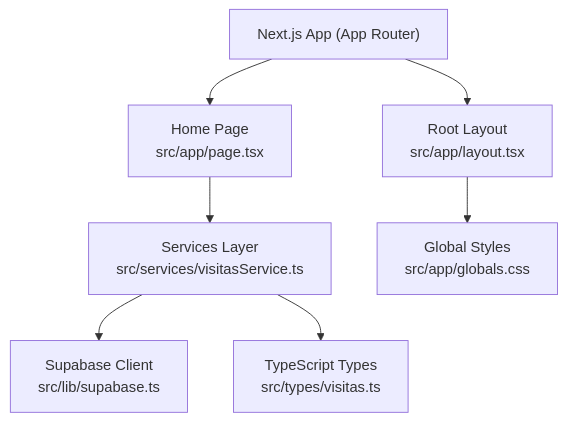
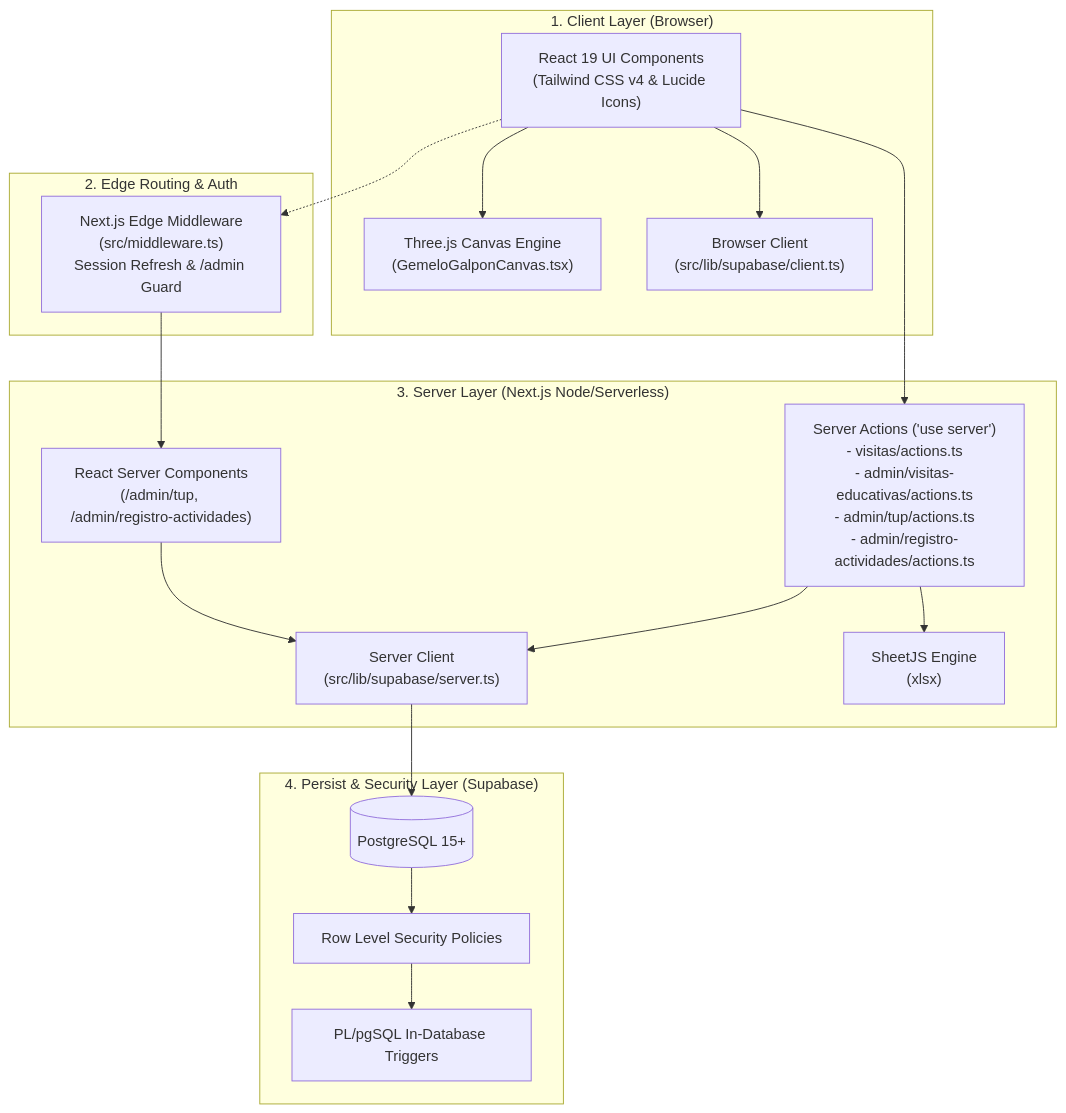
The diagram in .qoder/repowiki/en/content/Architecture & Technology Stack.md (AgusCatra/simu-twin-web), drawn with Mermaid before and after one commit. The commit also changed other lines of this file and 11 other files, not shown here.

Commit message:
feat: update project documentation, README, and add Supabase database migrations for admission and cohort evaluation modules

````diff
--- a/.qoder/repowiki/en/content/Architecture & Technology Stack.md
+++ b/.qoder/repowiki/en/content/Architecture & Technology Stack.md
@@ -42,9 +45,37 @@
 ```mermaid
 graph TB
-A["Next.js App (App Router)"] --> B["Root Layout<br/>src/app/layout.tsx"]
-A --> C["Home Page<br/>src/app/page.tsx"]
-C --> D["Services Layer<br/>src/services/visitasService.ts"]
-D --> E["Supabase Client<br/>src/lib/supabase.ts"]
-D --> F["TypeScript Types<br/>src/types/visitas.ts"]
-B --> G["Global Styles<br/>src/app/globals.css"]
+    subgraph ClientLayer["1. Client Layer (Browser)"]
+        UI["React 19 UI Components<br/>(Tailwind CSS v4 & Lucide Icons)"]
+        Canvas3D["Three.js Canvas Engine<br/>(GemeloGalponCanvas.tsx)"]
+        BrowserSupabase["Browser Client<br/>(src/lib/supabase/client.ts)"]
+    end
+
+    subgraph EdgeLayer["2. Edge Routing & Auth"]
+        EdgeMiddleware["Next.js Edge Middleware<br/>(src/middleware.ts)<br/>Session Refresh & /admin Guard"]
+    end
+
+    subgraph ServerLayer["3. Server Layer (Next.js Node/Serverless)"]
+        RSC["React Server Components<br/>(/admin/tup, /admin/registro-actividades)"]
+        ServerActions["Server Actions ('use server')<br/>- visitas/actions.ts<br/>- admin/visitas-educativas/actions.ts<br/>- admin/tup/actions.ts<br/>- admin/registro-actividades/actions.ts"]
+        ServerSupabase["Server Client<br/>(src/lib/supabase/server.ts)"]
+        ExcelGen["SheetJS Engine<br/>(xlsx)"]
+    end
+
+    subgraph StorageLayer["4. Persist & Security Layer (Supabase)"]
+        Postgres[(PostgreSQL 15+)]
+        RLS["Row Level Security Policies"]
+        Triggers["PL/pgSQL In-Database Triggers"]
+    end
+
+    UI --> Canvas3D
+    UI --> BrowserSupabase
+    UI -.-> EdgeMiddleware
+    EdgeMiddleware --> RSC
+    RSC --> ServerSupabase
+    UI --> ServerActions
+    ServerActions --> ServerSupabase
+    ServerActions --> ExcelGen
+    ServerSupabase --> Postgres
+    Postgres --> RLS
+    RLS --> Triggers
 ```
````
